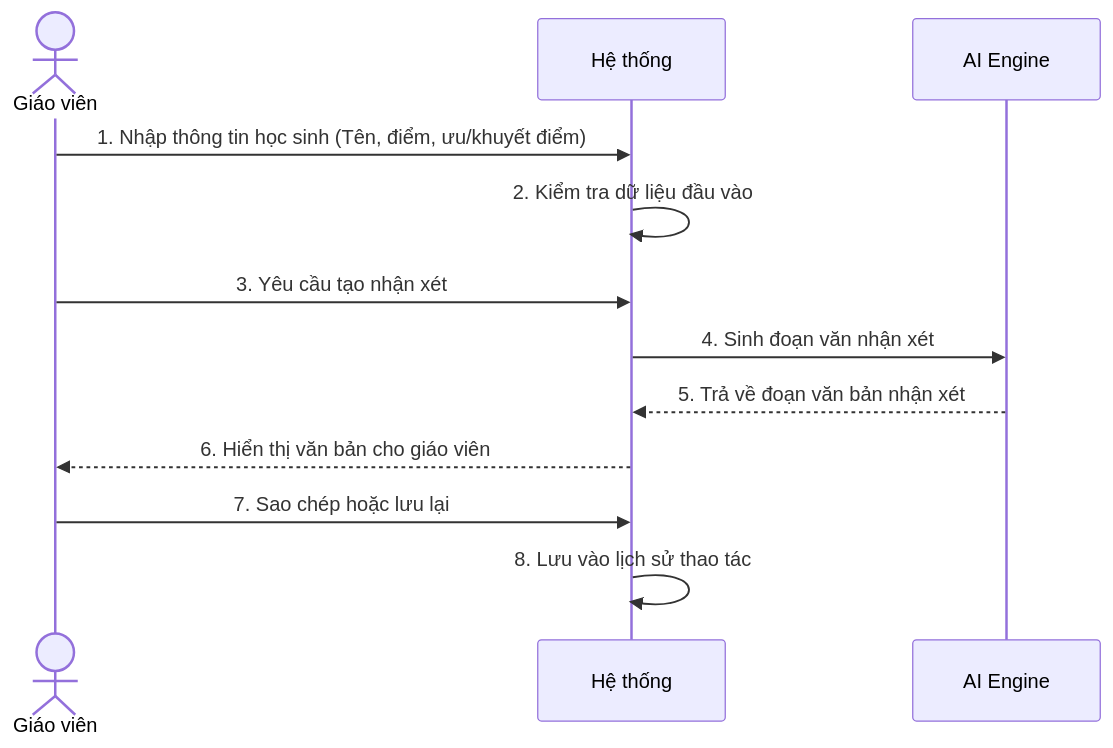
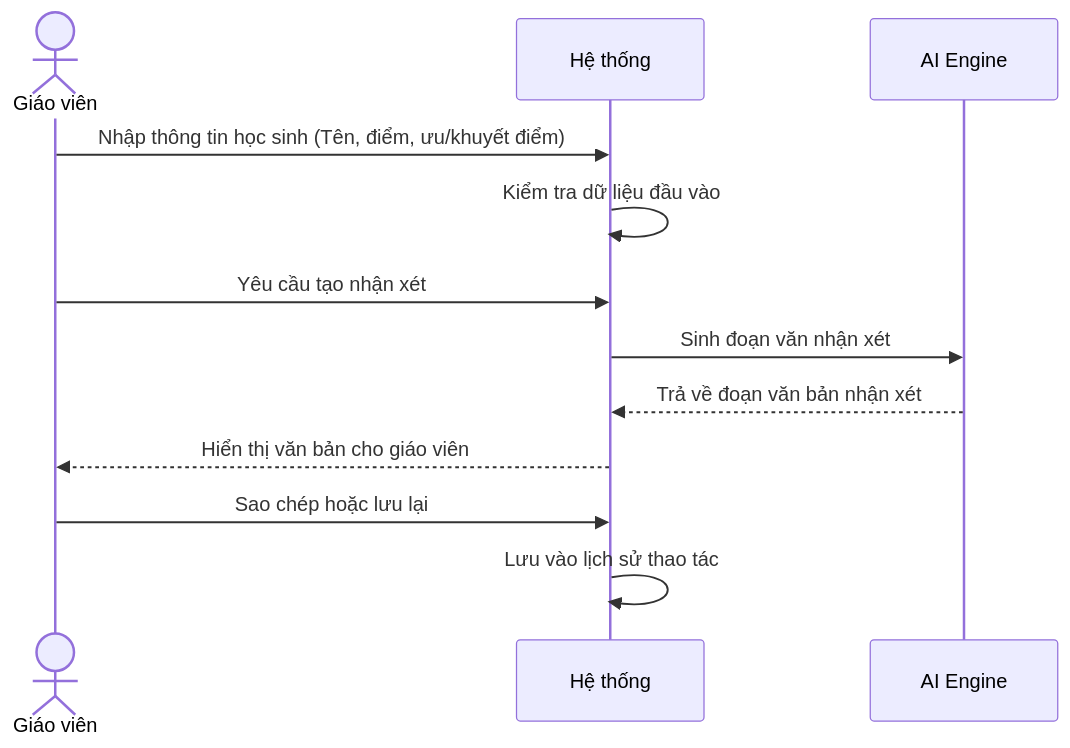
Before and after one commit to Cong-ty-TNNH-Q-Tech/Q-School: the third of 4 diagrams in docs/nhom_2_assessment_feedback.md, drawn with Mermaid. The commit also changed other lines of this file and 5 other files, not shown here.

Commit message:
docs: refine sequence diagrams logical flow and remove step numbers

````diff
--- a/docs/nhom_2_assessment_feedback.md
+++ b/docs/nhom_2_assessment_feedback.md
@@ -86,15 +86,15 @@
 ```mermaid
 sequenceDiagram
     actor GV as Giáo viên
     participant HT as Hệ thống
     participant AI as AI Engine
 
-    GV->>HT: 1. Nhập thông tin học sinh (Tên, điểm, ưu/khuyết điểm)
-    HT->>HT: 2. Kiểm tra dữ liệu đầu vào
-    GV->>HT: 3. Yêu cầu tạo nhận xét
-    HT->>AI: 4. Sinh đoạn văn nhận xét
-    AI-->>HT: 5. Trả về đoạn văn bản nhận xét
-    HT-->>GV: 6. Hiển thị văn bản cho giáo viên
-    GV->>HT: 7. Sao chép hoặc lưu lại
-    HT->>HT: 8. Lưu vào lịch sử thao tác
+    GV->>HT: Nhập thông tin học sinh (Tên, điểm, ưu/khuyết điểm)
+    HT->>HT: Kiểm tra dữ liệu đầu vào
+    GV->>HT: Yêu cầu tạo nhận xét
+    HT->>AI: Sinh đoạn văn nhận xét
+    AI-->>HT: Trả về đoạn văn bản nhận xét
+    HT-->>GV: Hiển thị văn bản cho giáo viên
+    GV->>HT: Sao chép hoặc lưu lại
+    HT->>HT: Lưu vào lịch sử thao tác
 ```
````
